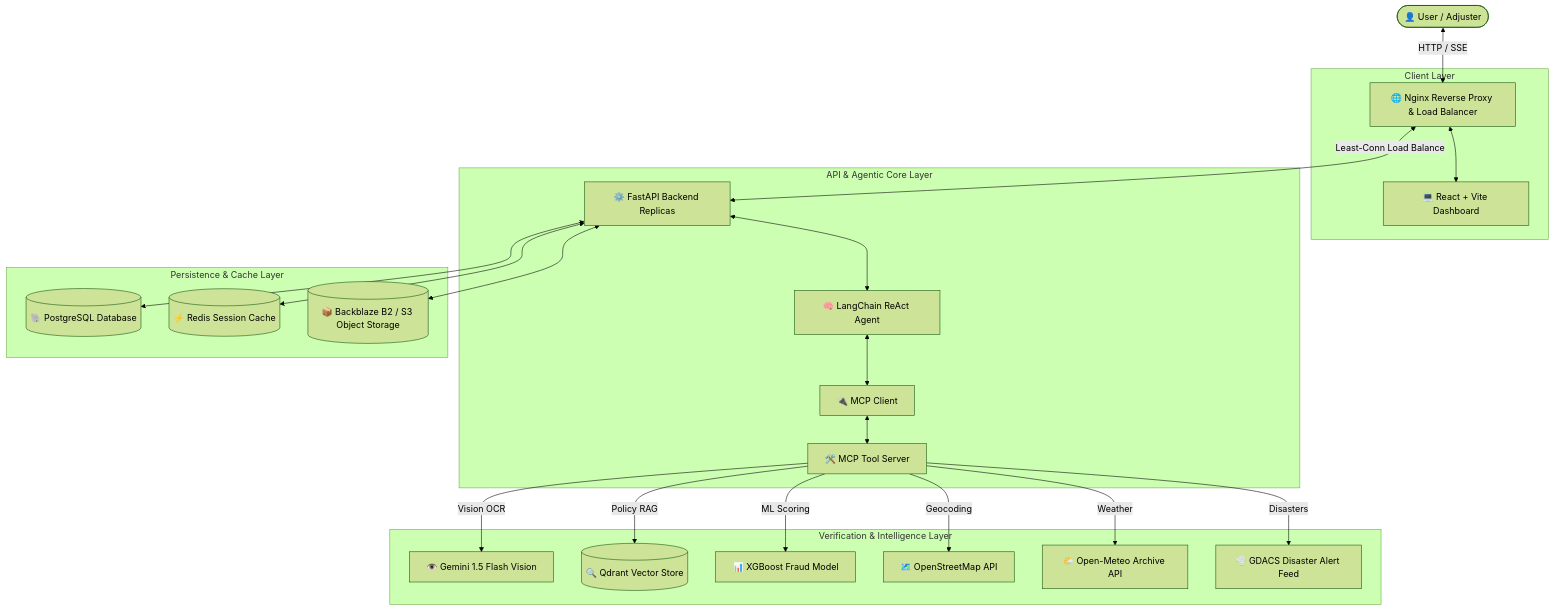
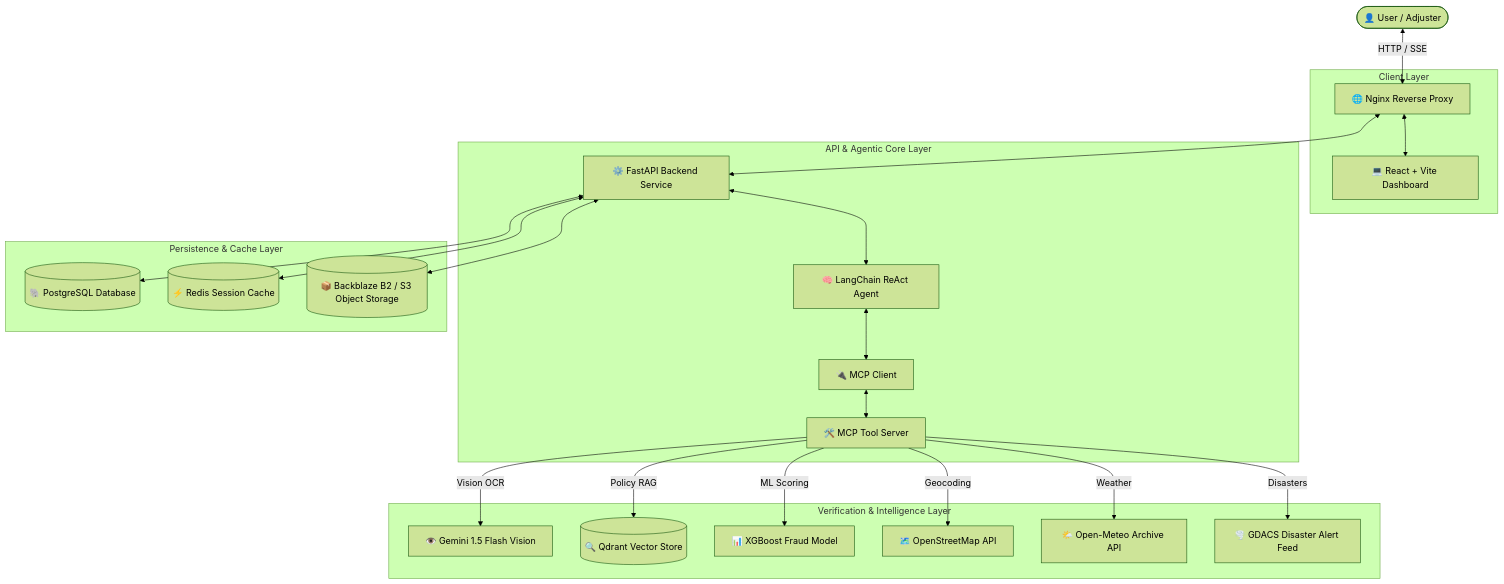
One commit to AkshajAnil/Autonomous-claims-application changed the diagram in README.md. Above: the diagram before and after it, drawn with Mermaid (forest theme). The commit also changed other lines of this file and 31 other files, not shown here.

Commit message:
refactor: organize backend, frontend, nginx, and redis into dedicated microservice directories

````diff
--- a/README.md
+++ b/README.md
@@ -9,30 +9,30 @@
 ```mermaid
 graph TD
-    User([👤 User / Adjuster]) <-->|HTTP / SSE| Nginx[🌐 Nginx Reverse Proxy & Load Balancer]
+    User([👤 User / Adjuster]) <-->|HTTP / SSE| Nginx[🌐 Nginx Reverse Proxy]
     
     subgraph Client Layer
         Nginx <--> Frontend[💻 React + Vite Dashboard]
     end
 
     subgraph API & Agentic Core Layer
-        Nginx <-->|Least-Conn Load Balance| Backend[⚙️ FastAPI Backend Replicas]
+        Nginx <--> Backend[⚙️ FastAPI Backend Service]
         Backend <--> LangChain[🧠 LangChain ReAct Agent]
         LangChain <--> MCPClient[🔌 MCP Client]
         MCPClient <--> MCPServer[🛠️ MCP Tool Server]
     end
 
     subgraph Verification & Intelligence Layer
         MCPServer -->|Vision OCR| Gemini[👁️ Gemini 1.5 Flash Vision]
         MCPServer -->|Policy RAG| Qdrant[(🔍 Qdrant Vector Store)]
         MCPServer -->|ML Scoring| XGBoost[📊 XGBoost Fraud Model]
         MCPServer -->|Geocoding| OSM[🗺️ OpenStreetMap API]
         MCPServer -->|Weather| OpenMeteo[🌤️ Open-Meteo Archive API]
         MCPServer -->|Disasters| GDACS[🌪️ GDACS Disaster Alert Feed]
     end
 
     subgraph Persistence & Cache Layer
         Backend <--> Postgres[(🐘 PostgreSQL Database)]
         Backend <--> Redis[(⚡ Redis Session Cache)]
         Backend <--> B2[(📦 Backblaze B2 / S3 Object Storage)]
     end
 ```
````
